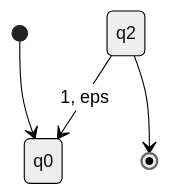
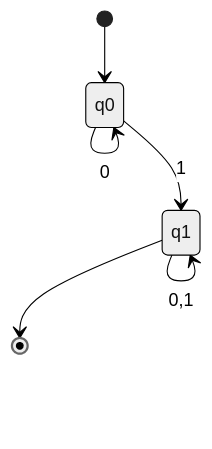
Before and after one commit to digitalyoshixi/zettelkasten: the first of 5 diagrams in content/Cartesian Product Construction Example.md, drawn with Mermaid (neutral theme). The commit also changed other lines of this file, not shown here.

````diff
--- a/content/Cartesian Product Construction Example.md
+++ b/content/Cartesian Product Construction Example.md
@@ -12,7 +12,8 @@
 ```mermaid
 stateDiagram
 [*] --> q0
-q0
-q2 --> q0 : 1, eps
-q2 --> [*]
+q0 --> q0 : 0
+q0 --> q1 : 1
+q1 --> q1 : 0,1
+q1 --> [*]
 ```
````
